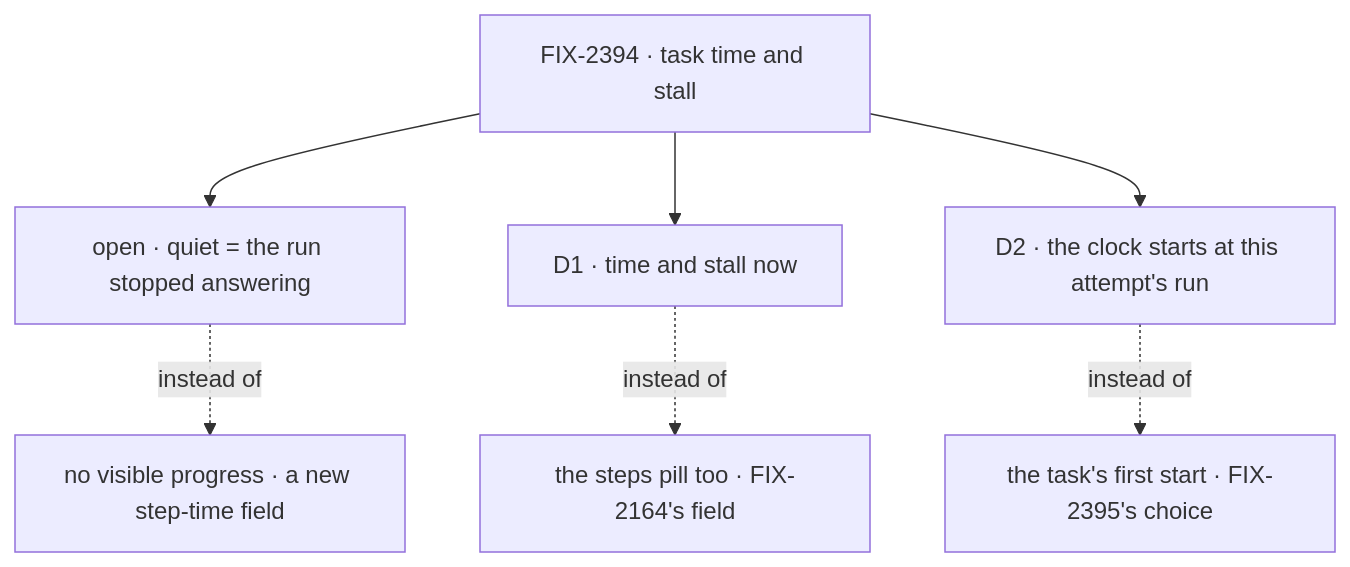
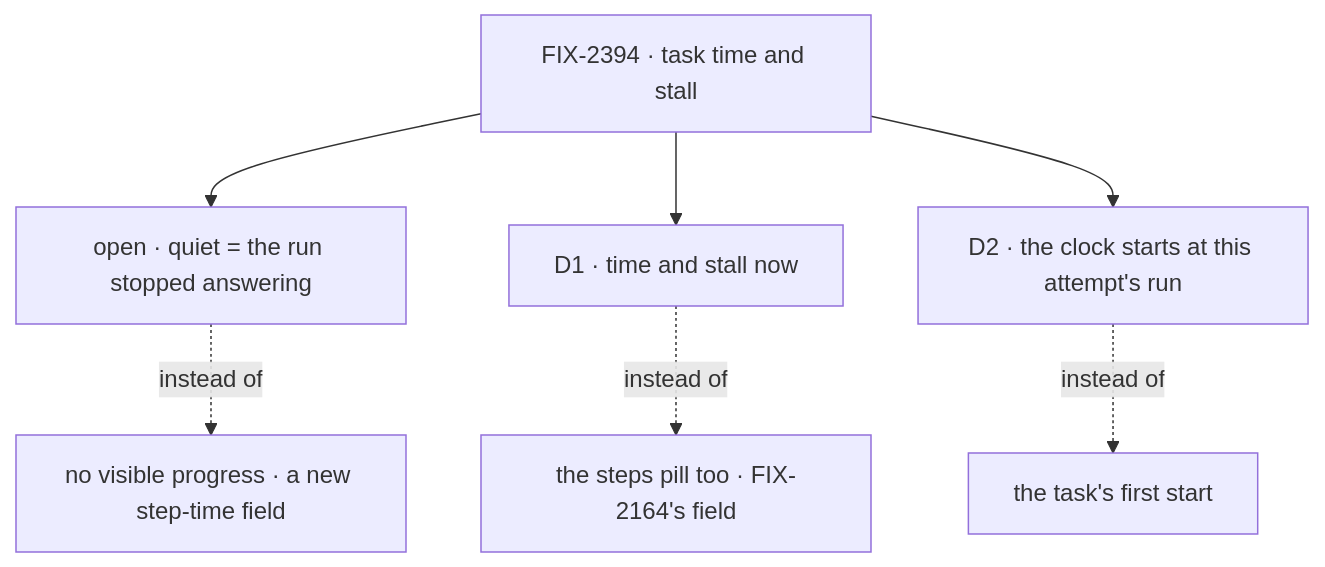
One commit to fixpoint-labs/flow-state-dev changed the diagram in specs/issues/FIX-2394/DECISIONS.md. Above: the diagram before and after it, drawn with Mermaid. The commit also changed other lines of this file and 5 other files, not shown here.

````diff
--- a/specs/issues/FIX-2394/DECISIONS.md
+++ b/specs/issues/FIX-2394/DECISIONS.md
@@ -7,9 +8,9 @@
 ```mermaid
 flowchart TD
   I["FIX-2394 · task time and stall"] --> O["open · quiet = the run stopped answering"]
   O -.->|"instead of"| O2["no visible progress · a new step-time field"]
   I --> D1["D1 · time and stall now"]
   D1 -.->|"instead of"| D1b["the steps pill too · FIX-2164's field"]
   I --> D2["D2 · the clock starts at this attempt's run"]
-  D2 -.->|"instead of"| D2b["the task's first start · FIX-2395's choice"]
+  D2 -.->|"instead of"| D2b["the task's first start"]
 ```
````
